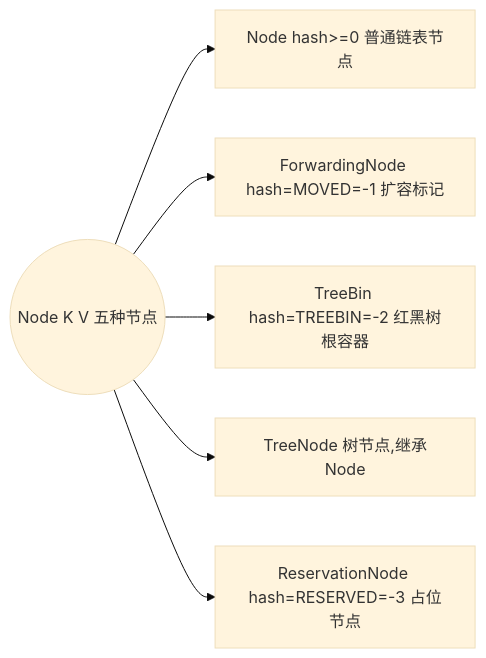
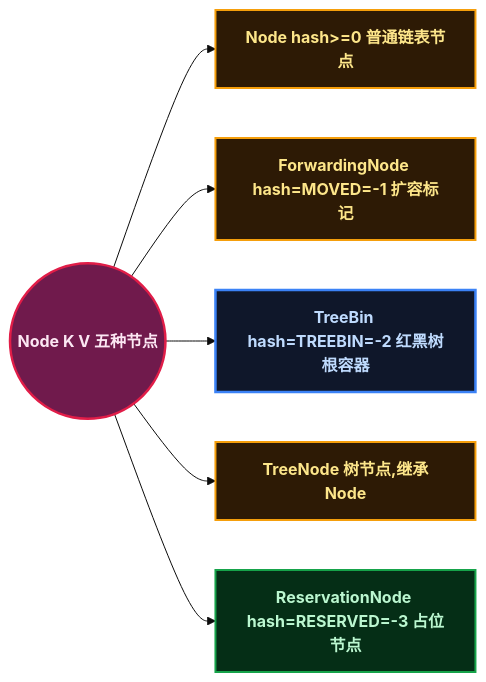
The second of 7 diagrams in content/posts/concurrency/ConcurrentHashMap.md (yaocat55/yaocat55.github.io), drawn with Mermaid (base theme) before and after one commit. The commit also changed other lines of this file and 155 other files, not shown here.

````diff
--- a/content/posts/concurrency/ConcurrentHashMap.md
+++ b/content/posts/concurrency/ConcurrentHashMap.md
@@ -101,9 +109,19 @@
 ```mermaid
 flowchart LR
+%% 半暗底色 + 高亮描边：完美适配博客深色/浅色双主题 %%
+classDef branch fill:#2d1a05,stroke:#f59e0b,stroke-width:2px,color:#fde68a,font-weight:bold;
+classDef data fill:#052e16,stroke:#16a34a,stroke-width:2px,color:#bbf7d0,font-weight:bold;
+classDef root fill:#0f172a,stroke:#3b82f6,stroke-width:2.5px,color:#bfdbfe,font-weight:bold;
+classDef startEnd fill:#701a4c,stroke:#e11d48,stroke-width:2.5px,color:#fce7f3,font-weight:bold;
     root((Node K V 五种节点))
     root --> N[Node hash>=0 普通链表节点]
     root --> F[ForwardingNode hash=MOVED=-1 扩容标记]
     root --> T[TreeBin hash=TREEBIN=-2 红黑树根容器]
     root --> TN[TreeNode 树节点,继承Node]
     root --> R[ReservationNode hash=RESERVED=-3 占位节点]
+
+class F,N,TN branch;
+class R data;
+class T root;
+class root startEnd;
 ```
````
